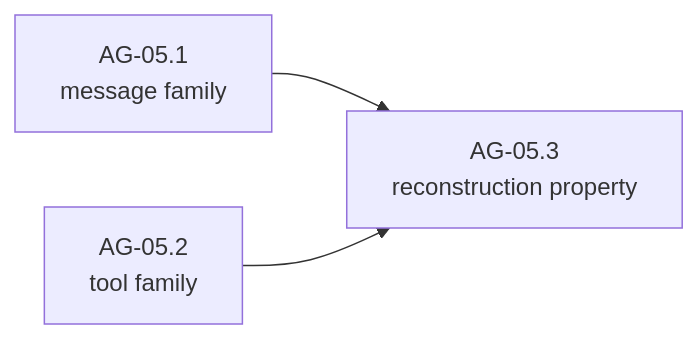
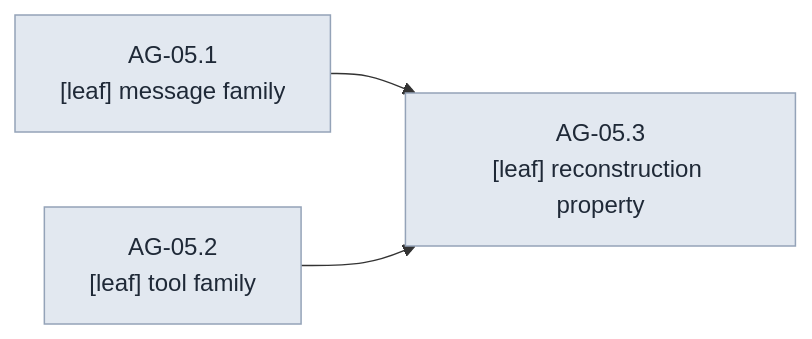
The sixth of 28 diagrams in docs/architecture/milestones/0003-cachicamas-agent-layer-2-task-graph.md (witsaba/cachicamas), drawn with Mermaid before and after one commit. The commit also changed other lines of this file and 3 other files, not shown here.

````diff
--- a/docs/architecture/milestones/0003-cachicamas-agent-layer-2-task-graph.md
+++ b/docs/architecture/milestones/0003-cachicamas-agent-layer-2-task-graph.md
@@ -305,5 +526,7 @@
 ```mermaid
 flowchart LR
-    C1["AG-05.1<br/>message family"] --> C3["AG-05.3<br/>reconstruction property"]
-    C2["AG-05.2<br/>tool family"] --> C3
+    C1["AG-05.1<br/>[leaf] message family"] --> C3["AG-05.3<br/>[leaf] reconstruction property"]
+    C2["AG-05.2<br/>[leaf] tool family"] --> C3
+    classDef leaf fill:#e2e8f0,stroke:#94a3b8,color:#1f2937
+    class C1,C2,C3 leaf
 ```
````
